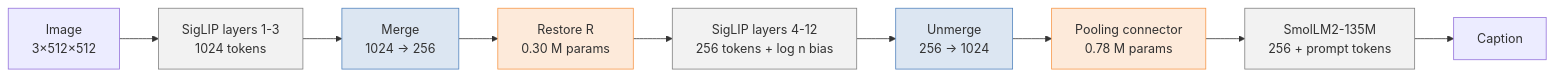
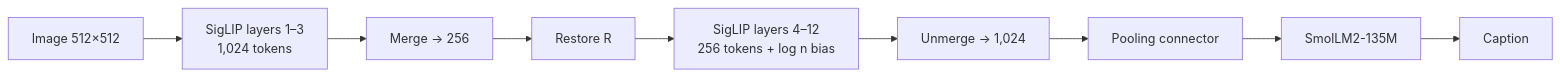
One commit to nikz055/SmolEdgeVLM-Low-Latency-Image-Captioning-on-a-2-GB-Edge-Device changed the diagram in README.md. Above: the diagram before and after it, drawn with Mermaid. The commit also changed other lines of this file and 6 other files, not shown here.

First line of the commit message:
Documentation: concise README, architecture, results, installation guide and changelog

````diff
--- a/README.md
+++ b/README.md
@@ -44,17 +31,11 @@
 ```mermaid
 flowchart LR
-    A["Image<br/>3×512×512"] --> B["SigLIP layers 1-3<br/>1024 tokens"]
-    B --> C["Merge<br/>1024 → 256"]
-    C --> D["Restore R<br/>0.30 M params"]
-    D --> E["SigLIP layers 4-12<br/>256 tokens + log n bias"]
-    E --> F["Unmerge<br/>256 → 1024"]
-    F --> G["Pooling connector<br/>0.78 M params"]
-    G --> H["SmolLM2-135M<br/>256 + prompt tokens"]
-    H --> I["Caption"]
-    classDef frozen fill:#f2f2f2,stroke:#7f7f7f;
-    classDef ours fill:#dce6f2,stroke:#4f81bd;
-    classDef trained fill:#fdeada,stroke:#f79646;
-    class B,E,H frozen;
-    class C,F ours;
-    class D,G trained;
+    A[Image 512×512] --> B[SigLIP layers 1–3<br/>1,024 tokens]
+    B --> C[Merge → 256]
+    C --> D[Restore R]
+    D --> E[SigLIP layers 4–12<br/>256 tokens + log n bias]
+    E --> F[Unmerge → 1,024]
+    F --> G[Pooling connector]
+    G --> H[SmolLM2-135M]
+    H --> I[Caption]
 ```
````
